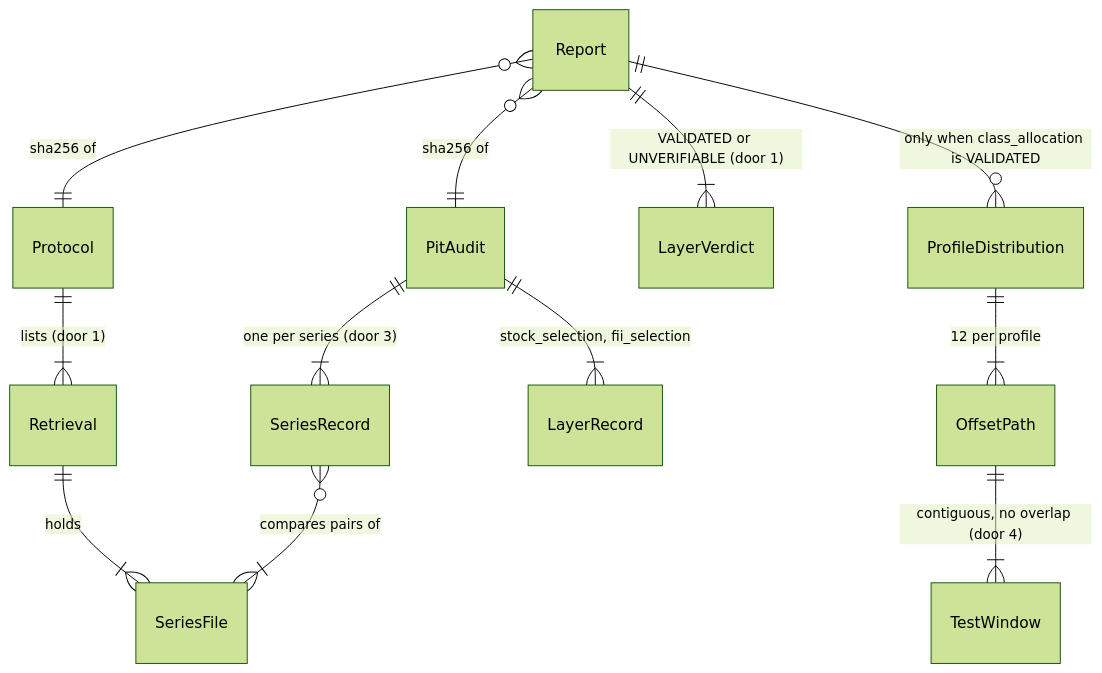
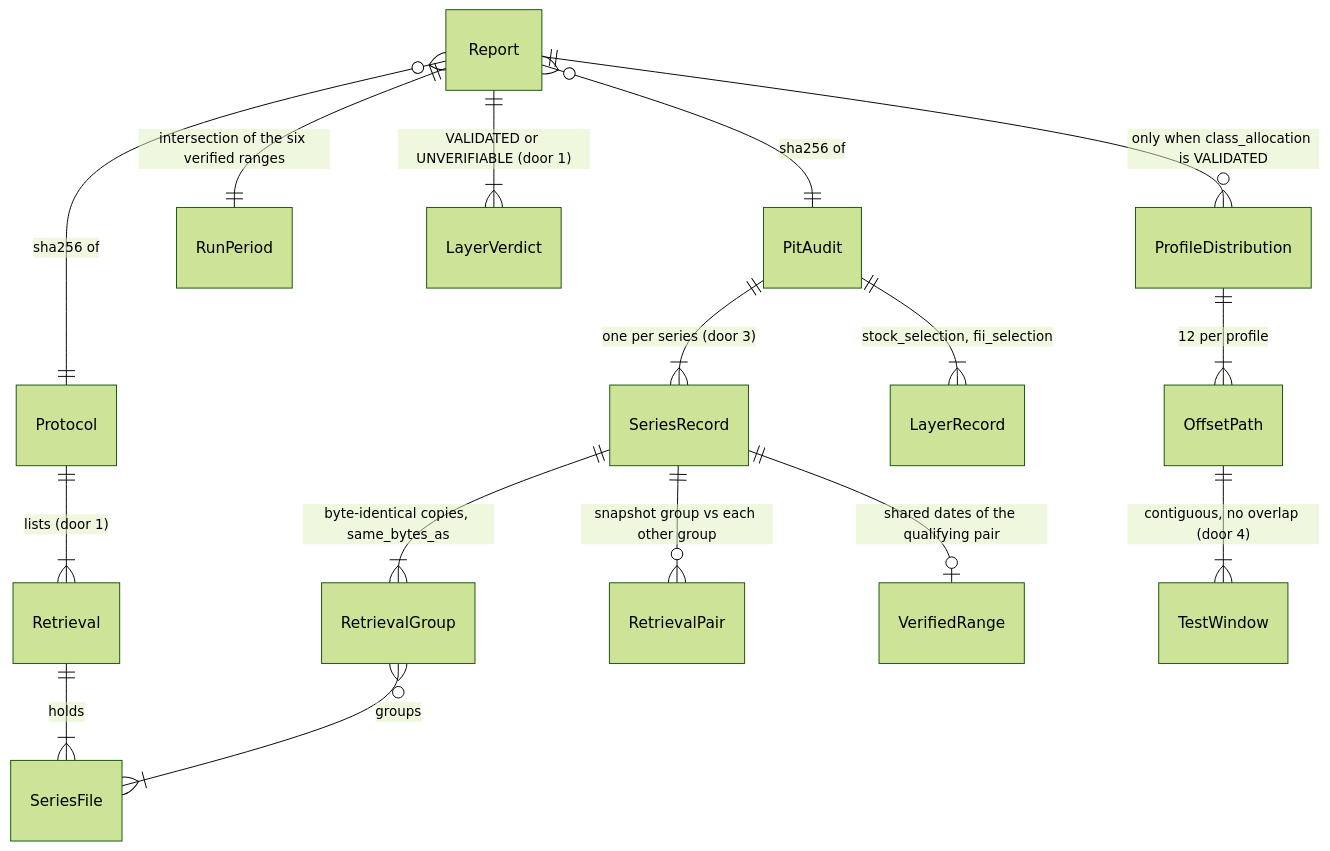
Before and after one commit to caiomugarte/TCC: the second of 2 diagrams in .specs/features/pit-oos-validation/plan.md, drawn with Mermaid (forest theme). The commit also changed other lines of this file and 1 other file, not shown here.

````diff
--- a/.specs/features/pit-oos-validation/plan.md
+++ b/.specs/features/pit-oos-validation/plan.md
@@ -94,14 +102,18 @@
 ```mermaid
 erDiagram
     Protocol ||--|{ Retrieval : "lists (door 1)"
     Retrieval ||--|{ SeriesFile : "holds"
     PitAudit ||--|{ SeriesRecord : "one per series (door 3)"
-    SeriesRecord }o--|{ SeriesFile : "compares pairs of"
+    SeriesRecord ||--|{ RetrievalGroup : "byte-identical copies, same_bytes_as"
+    RetrievalGroup }o--|{ SeriesFile : "groups"
+    SeriesRecord ||--o{ RetrievalPair : "snapshot group vs each other group"
+    SeriesRecord ||--o| VerifiedRange : "shared dates of the qualifying pair"
     PitAudit ||--|{ LayerRecord : "stock_selection, fii_selection"
     Report }o--|| Protocol : "sha256 of"
     Report }o--|| PitAudit : "sha256 of"
+    Report ||--|| RunPeriod : "intersection of the six verified ranges"
     Report ||--|{ LayerVerdict : "VALIDATED or UNVERIFIABLE (door 1)"
     Report ||--o{ ProfileDistribution : "only when class_allocation is VALIDATED"
     ProfileDistribution ||--|{ OffsetPath : "12 per profile"
     OffsetPath ||--|{ TestWindow : "contiguous, no overlap (door 4)"
 ```
````
